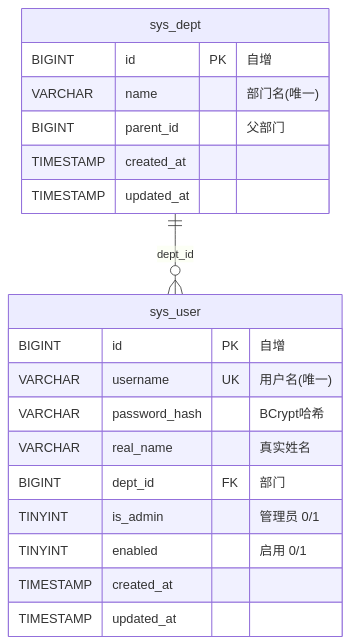
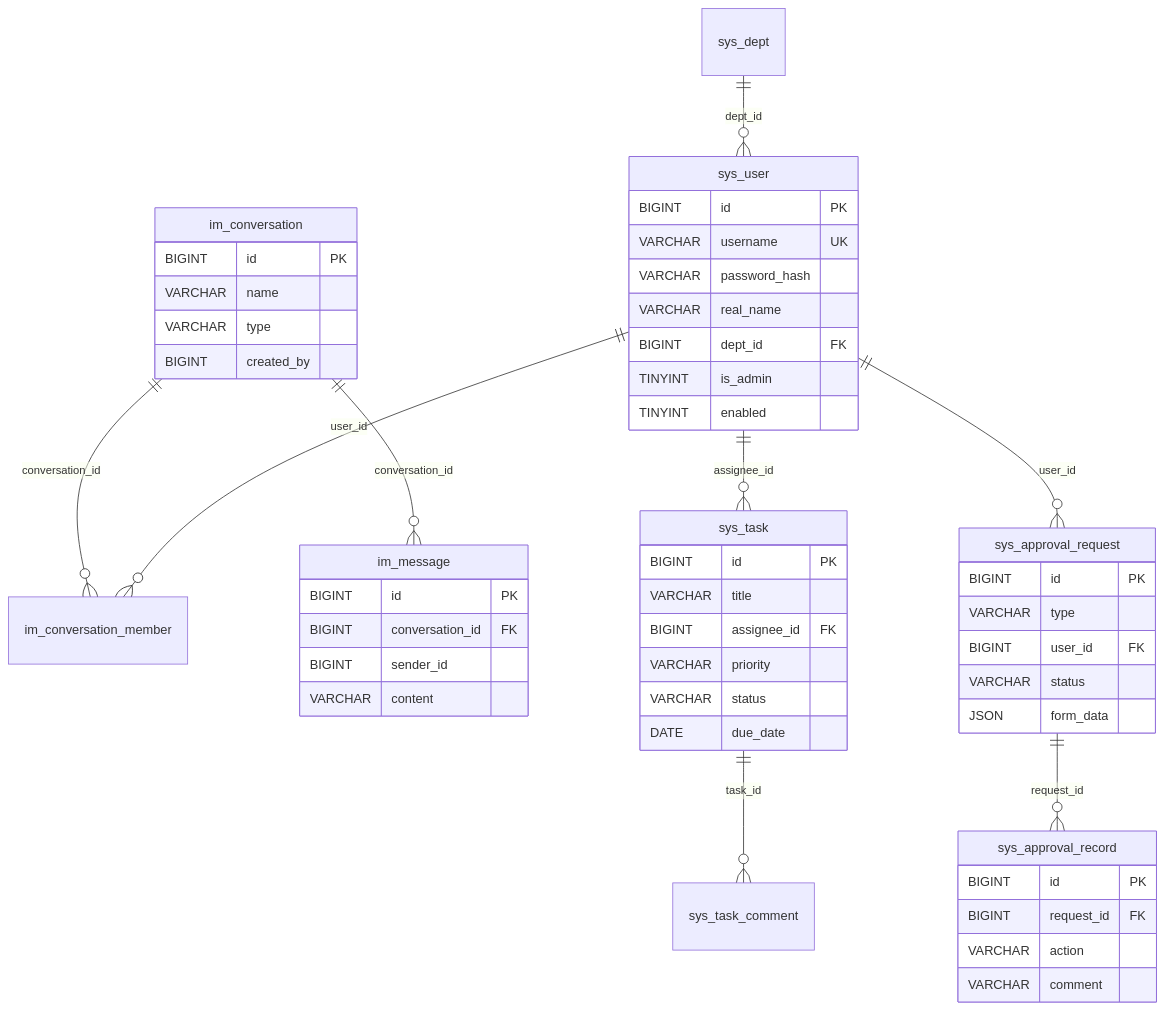
The tenth of 10 diagrams in docs/collaboration-service-code-analysis.md (ZjlShenshiqing/EnterpriseKnowledgeWorkspace), drawn with Mermaid before and after one commit. The commit also changed other lines of this file, not shown here.

````diff
--- a/docs/collaboration-service-code-analysis.md
+++ b/docs/collaboration-service-code-analysis.md
@@ -618,24 +410,54 @@
 ```mermaid
 erDiagram
     sys_dept ||--o{ sys_user : dept_id
-
-    sys_dept {
-        BIGINT id PK "自增"
-        VARCHAR name "部门名(唯一)"
-        BIGINT parent_id "父部门"
-        TIMESTAMP created_at
-        TIMESTAMP updated_at
-    }
+    sys_user ||--o{ im_conversation_member : user_id
+    im_conversation ||--o{ im_conversation_member : conversation_id
+    im_conversation ||--o{ im_message : conversation_id
+    sys_user ||--o{ sys_task : assignee_id
+    sys_task ||--o{ sys_task_comment : task_id
+    sys_user ||--o{ sys_approval_request : user_id
+    sys_approval_request ||--o{ sys_approval_record : request_id
 
     sys_user {
-        BIGINT id PK "自增"
-        VARCHAR username UK "用户名(唯一)"
-        VARCHAR password_hash "BCrypt哈希"
-        VARCHAR real_name "真实姓名"
-        BIGINT dept_id FK "部门"
-        TINYINT is_admin "管理员 0/1"
-        TINYINT enabled "启用 0/1"
-        TIMESTAMP created_at
-        TIMESTAMP updated_at
+        BIGINT id PK
+        VARCHAR username UK
+        VARCHAR password_hash
+        VARCHAR real_name
+        BIGINT dept_id FK
+        TINYINT is_admin
+        TINYINT enabled
+    }
+    im_conversation {
+        BIGINT id PK
+        VARCHAR name
+        VARCHAR type
+        BIGINT created_by
+    }
+    im_message {
+        BIGINT id PK
+        BIGINT conversation_id FK
+        BIGINT sender_id
+        VARCHAR content
+    }
+    sys_task {
+        BIGINT id PK
+        VARCHAR title
+        BIGINT assignee_id FK
+        VARCHAR priority
+        VARCHAR status
+        DATE due_date
+    }
+    sys_approval_request {
+        BIGINT id PK
+        VARCHAR type
+        BIGINT user_id FK
+        VARCHAR status
+        JSON form_data
+    }
+    sys_approval_record {
+        BIGINT id PK
+        BIGINT request_id FK
+        VARCHAR action
+        VARCHAR comment
     }
 ```
````
